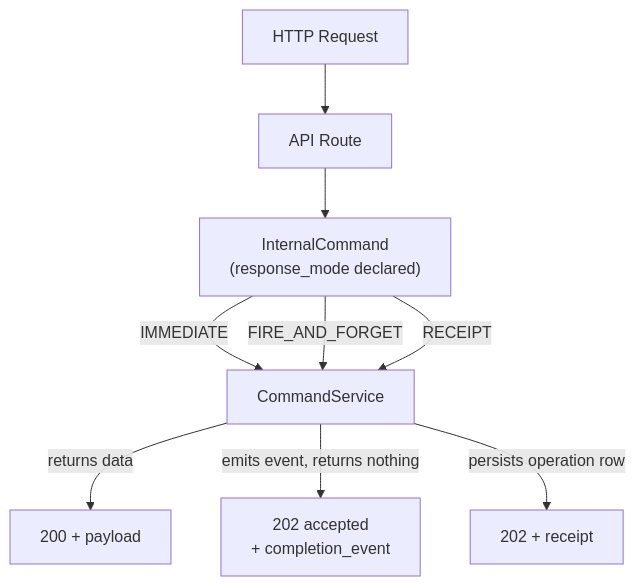
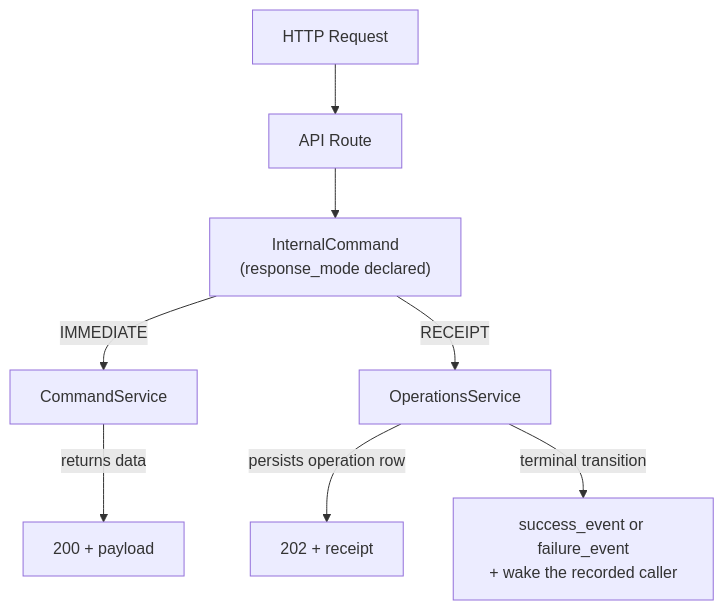
Before and after one commit to InstruktAI/TeleClaude: the first of 4 diagrams in docs/project/design/architecture/command-classification.md, drawn with Mermaid. The commit also changed other lines of this file and 9 other files, not shown here.

````diff
--- a/docs/project/design/architecture/command-classification.md
+++ b/docs/project/design/architecture/command-classification.md
@@ -16,17 +19,17 @@
 ```mermaid
 flowchart TD
     Request["HTTP Request"]
     Router["API Route"]
     Command["InternalCommand<br/>(response_mode declared)"]
     Service["CommandService"]
+    Operations["OperationsService"]
 
     Request --> Router
     Router --> Command
     Command -->|IMMEDIATE| Service
-    Command -->|FIRE_AND_FORGET| Service
-    Command -->|RECEIPT| Service
+    Command -->|RECEIPT| Operations
 
     Service -->|returns data| ImmediateResp["200 + payload"]
-    Service -->|emits event, returns nothing| FFResp["202 accepted<br/>+ completion_event"]
-    Service -->|persists operation row| ReceiptResp["202 + receipt"]
+    Operations -->|persists operation row| ReceiptResp["202 + receipt"]
+    Operations -->|terminal transition| Outcome["success_event or failure_event<br/>+ wake the recorded caller"]
 ```
````
